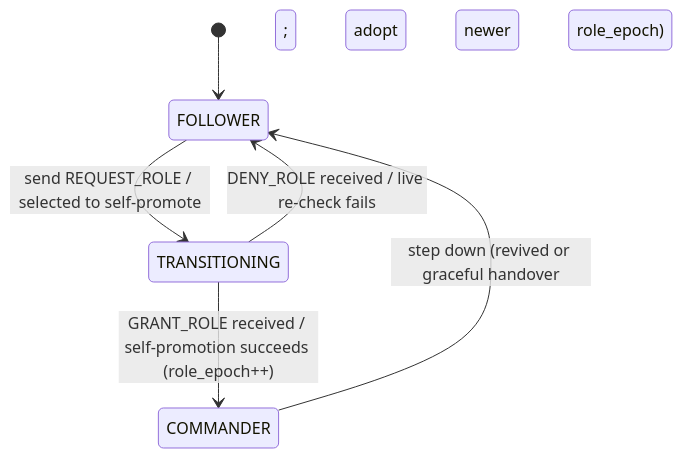
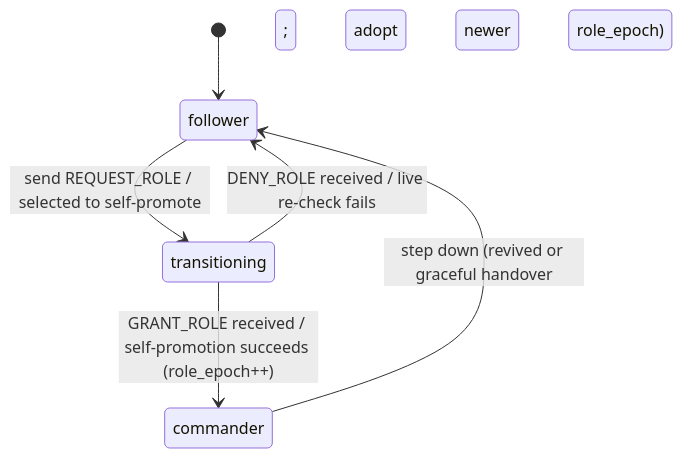
Before and after one commit to Wahid989/Falcon: the diagram in docs/role-state-machine.md, drawn with Mermaid. The commit also changed other lines of this file, not shown here.

First line of the commit message:
FALCON-044: match schema casing and document top-only role granting

````diff
--- a/docs/role-state-machine.md
+++ b/docs/role-state-machine.md
@@ -31,8 +35,8 @@
 ```mermaid
 stateDiagram-v2
-    [*] --> FOLLOWER
-    FOLLOWER --> TRANSITIONING: send REQUEST_ROLE / selected to self-promote
-    TRANSITIONING --> COMMANDER: GRANT_ROLE received / self-promotion succeeds (role_epoch++)
-    TRANSITIONING --> FOLLOWER: DENY_ROLE received / live re-check fails
-    COMMANDER --> FOLLOWER: step down (revived or graceful handover; adopt newer role_epoch)
+    [*] --> follower
+    follower --> transitioning: send REQUEST_ROLE / selected to self-promote
+    transitioning --> commander: GRANT_ROLE received / self-promotion succeeds (role_epoch++)
+    transitioning --> follower: DENY_ROLE received / live re-check fails
+    commander --> follower: step down (revived or graceful handover; adopt newer role_epoch)
 ```
````
